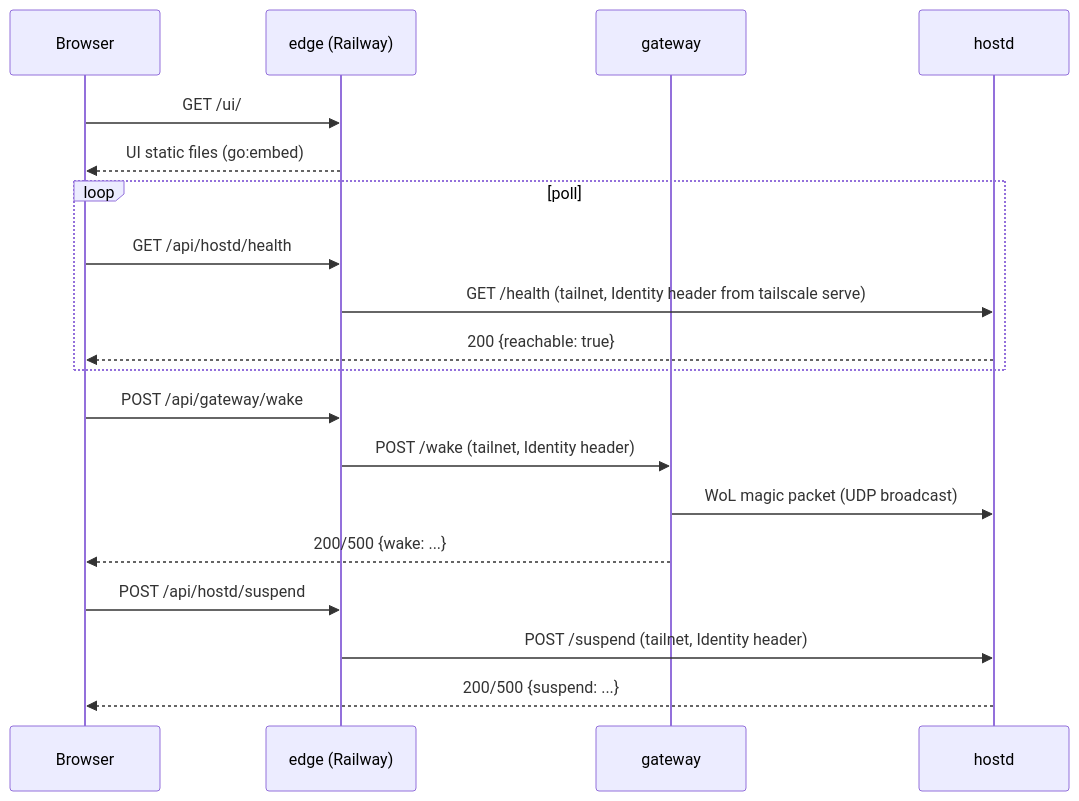
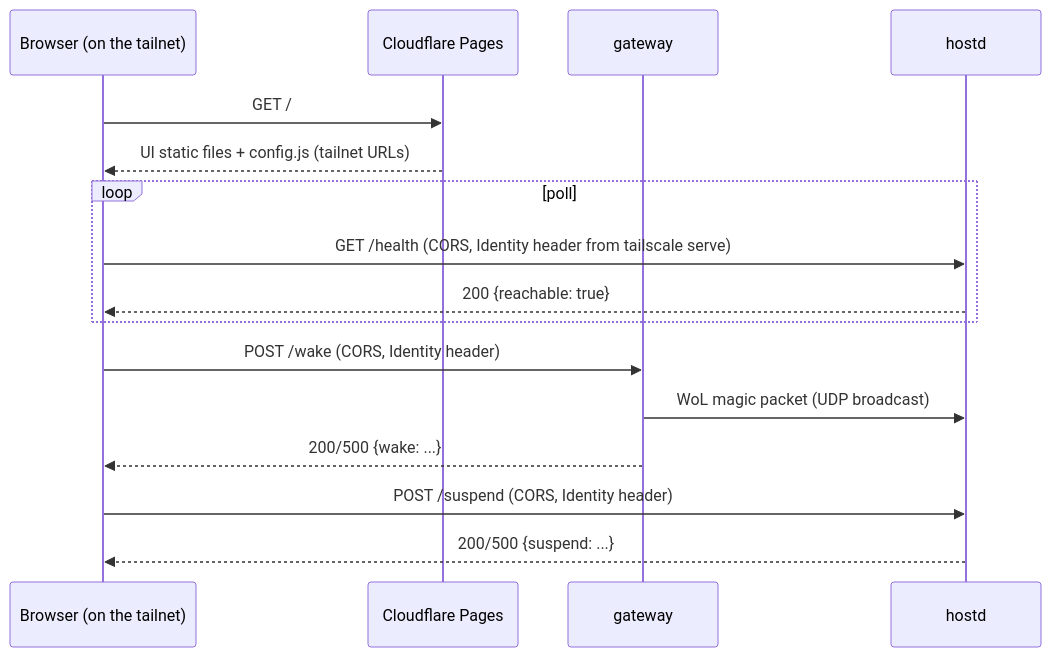
The first of 2 diagrams in DESIGN.md (nikbogman/cloudberry), drawn with Mermaid before and after one commit. The commit also changed other lines of this file and 31 other files, not shown here.

First line of the commit message:
refactor: drop edge, serve the UI from Cloudflare Pages

````diff
--- a/DESIGN.md
+++ b/DESIGN.md
@@ -7,25 +7,22 @@
 ```mermaid
 sequenceDiagram
-    participant B as Browser
-    participant E as edge (Railway)
+    participant B as Browser (on the tailnet)
+    participant P as Cloudflare Pages
     participant W as gateway
     participant H as hostd
 
-    B->>E: GET /ui/
-    E-->>B: UI static files (go:embed)
+    B->>P: GET /
+    P-->>B: UI static files + config.js (tailnet URLs)
 
     loop poll
-        B->>E: GET /api/hostd/health
-        E->>H: GET /health (tailnet, Identity header from tailscale serve)
+        B->>H: GET /health (CORS, Identity header from tailscale serve)
         H-->>B: 200 {reachable: true}
     end
 
-    B->>E: POST /api/gateway/wake
-    E->>W: POST /wake (tailnet, Identity header)
+    B->>W: POST /wake (CORS, Identity header)
     W->>H: WoL magic packet (UDP broadcast)
     W-->>B: 200/500 {wake: ...}
 
-    B->>E: POST /api/hostd/suspend
-    E->>H: POST /suspend (tailnet, Identity header)
+    B->>H: POST /suspend (CORS, Identity header)
     H-->>B: 200/500 {suspend: ...}
 ```
````
